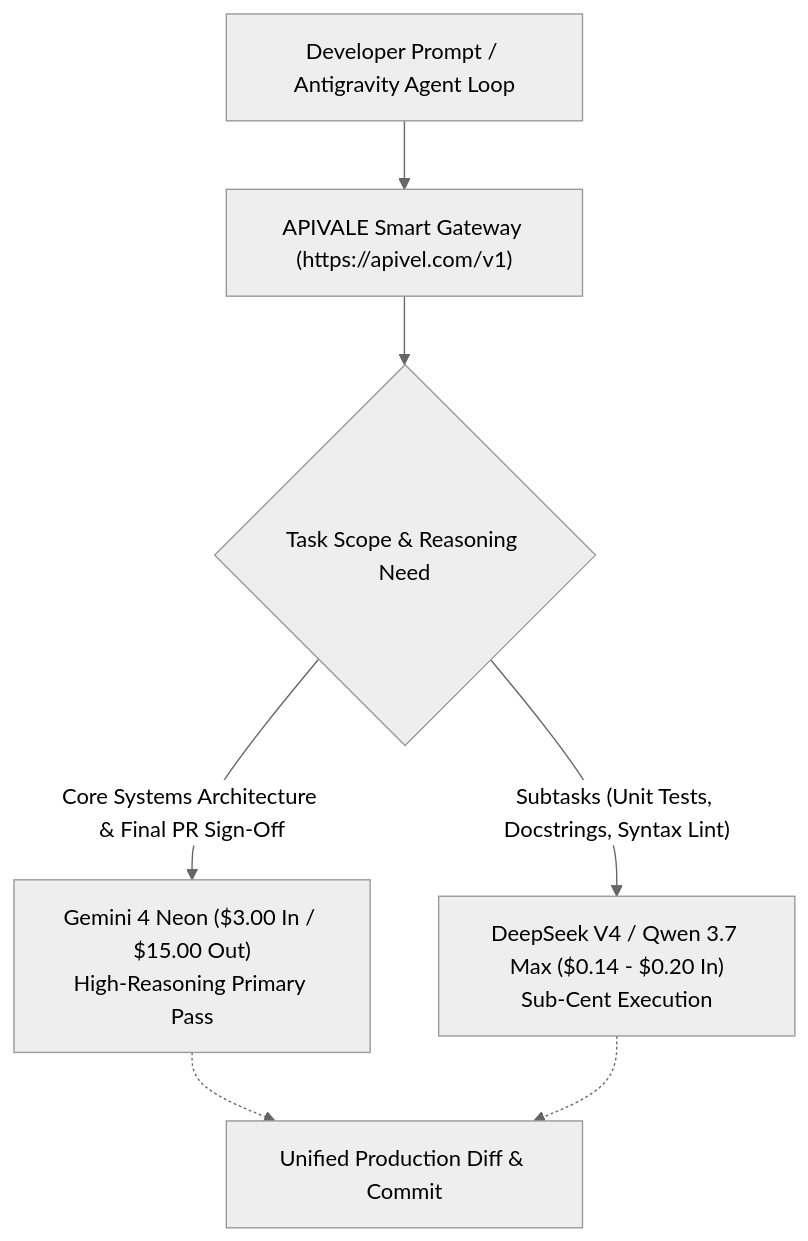
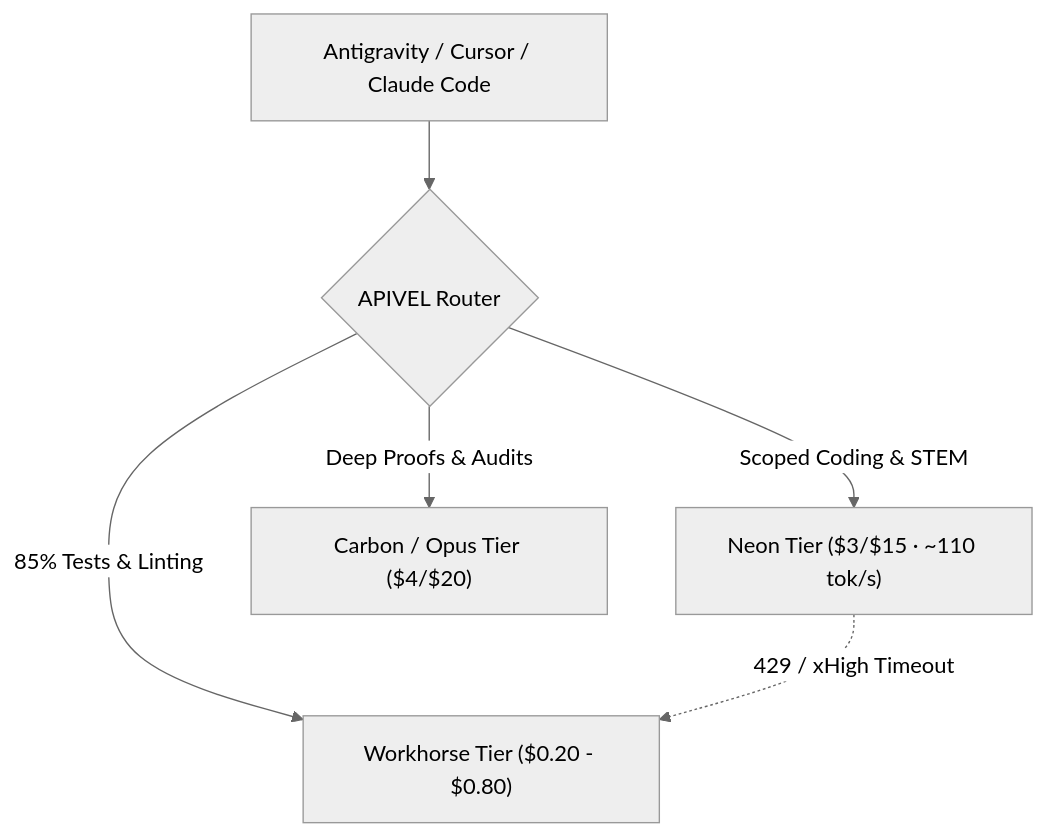
The diagram in src/content/blog/gemini-4-neon-benchmarks-pricing-api.md (bshx2024/apivel_blog), drawn with Mermaid (neutral theme) before and after one commit. The commit also changed other lines of this file and 4 other files, not shown here.

Commit message:
refactor(blog): upgrade gemini-4-neon-benchmarks-pricing-api to 98+ SEO/GEO standard

````diff
--- a/src/content/blog/gemini-4-neon-benchmarks-pricing-api.md
+++ b/src/content/blog/gemini-4-neon-benchmarks-pricing-api.md
@@ -117,9 +39,8 @@
 ```mermaid
 flowchart TD
-    User["Developer Prompt / Antigravity Agent Loop"] --> Gateway["APIVALE Smart Gateway (https://apivel.com/v1)"]
-    Gateway --> Classify{"Task Scope & Reasoning Need"}
-    Classify -- "Core Systems Architecture & Final PR Sign-Off" --> Neon["Gemini 4 Neon ($3.00 In / $15.00 Out)<br/>High-Reasoning Primary Pass"]
-    Classify -- "Subtasks (Unit Tests, Docstrings, Syntax Lint)" --> FastTier["DeepSeek V4 / Qwen 3.7 Max ($0.14 - $0.20 In)<br/>Sub-Cent Execution"]
-    Neon -.-> Merge["Unified Production Diff & Commit"]
-    FastTier -.-> Merge
+    Agent["Antigravity / Cursor / Claude Code"] --> Router{"APIVEL Router"}
+    Router -->|"85% Tests & Linting"| Workhorse["Workhorse Tier ($0.20 - $0.80)"]
+    Router -->|"Scoped Coding & STEM"| Neon["Neon Tier ($3/$15 · ~110 tok/s)"]
+    Router -->|"Deep Proofs & Audits"| Carbon["Carbon / Opus Tier ($4/$20)"]
+    Neon -.->|"429 / xHigh Timeout"| Workhorse
 ```
````
